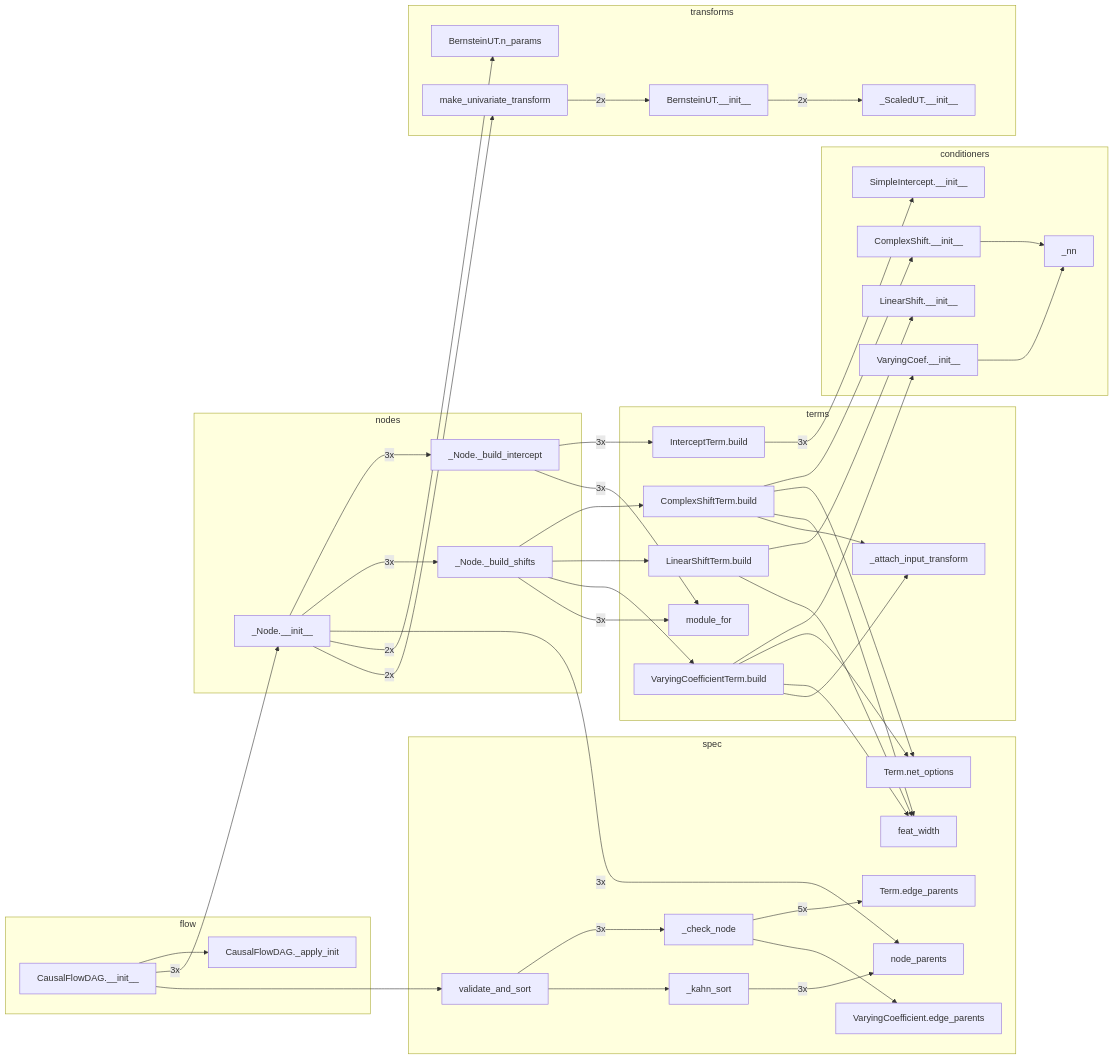
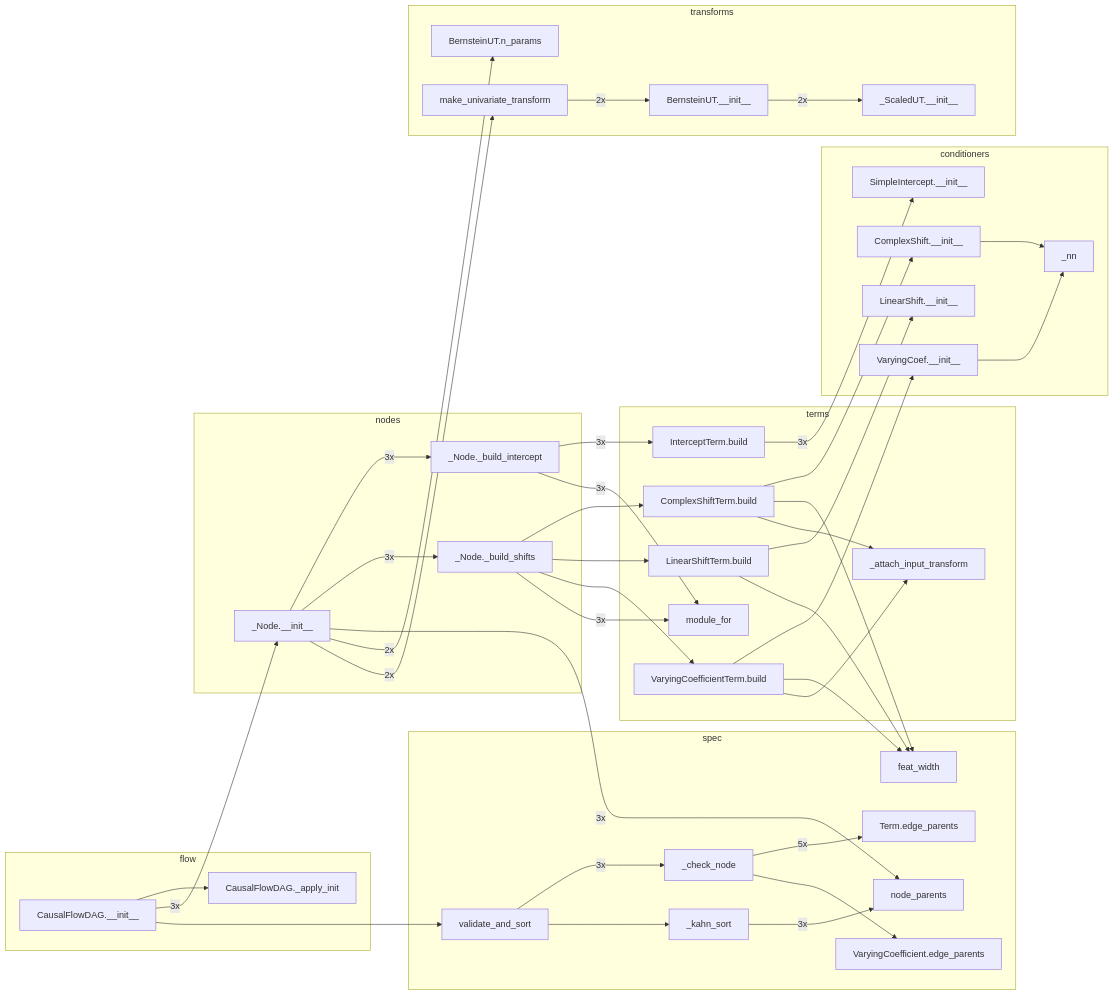
The fifth of 6 diagrams in docs/architecture.md (tensorchiefs/tramdag), drawn with Mermaid before and after one commit. The commit also changed other lines of this file and 10 other files, not shown here.

First line of the commit message:
refactor(spec)!: a term is its __init__ keywords; no dataclass machinery

````diff
--- a/docs/architecture.md
+++ b/docs/architecture.md
@@ -321,77 +324,74 @@
 ```mermaid
 flowchart LR
   subgraph conditioners
     n0["ComplexShift.__init__"]
-    n25["LinearShift.__init__"]
-    n24["SimpleIntercept.__init__"]
+    n24["LinearShift.__init__"]
+    n23["SimpleIntercept.__init__"]
     n2["VaryingCoef.__init__"]
     n1["_nn"]
   end
   subgraph flow
     n3["CausalFlowDAG.__init__"]
     n4["CausalFlowDAG._apply_init"]
   end
   subgraph nodes
     n5["_Node.__init__"]
     n7["_Node._build_intercept"]
     n8["_Node._build_shifts"]
   end
   subgraph spec
     n18["Term.edge_parents"]
-    n21["Term.net_options"]
     n19["VaryingCoefficient.edge_parents"]
     n17["_check_node"]
     n20["_kahn_sort"]
-    n22["feat_width"]
+    n21["feat_width"]
     n9["node_parents"]
     n6["validate_and_sort"]
   end
   subgraph terms
     n14["ComplexShiftTerm.build"]
     n12["InterceptTerm.build"]
     n15["LinearShiftTerm.build"]
     n16["VaryingCoefficientTerm.build"]
-    n23["_attach_input_transform"]
+    n22["_attach_input_transform"]
     n13["module_for"]
   end
   subgraph transforms
-    n26["BernsteinUT.__init__"]
+    n25["BernsteinUT.__init__"]
     n10["BernsteinUT.n_params"]
-    n27["_ScaledUT.__init__"]
+    n26["_ScaledUT.__init__"]
     n11["make_univariate_transform"]
   end
     n0 --> n1
     n2 --> n1
     n3 --> n4
     n3 -- "3x" --> n5
     n3 --> n6
     n5 -- "3x" --> n7
     n5 -- "3x" --> n8
     n5 -- "3x" --> n9
     n5 -- "2x" --> n10
     n5 -- "2x" --> n11
     n7 -- "3x" --> n12
     n7 -- "3x" --> n13
     n8 --> n14
     n8 --> n15
     n8 --> n16
     n8 -- "3x" --> n13
     n17 -- "5x" --> n18
     n17 --> n19
     n20 -- "3x" --> n9
     n6 -- "3x" --> n17
     n6 --> n20
     n14 --> n0
     n14 --> n21
     n14 --> n22
-    n14 --> n23
-    n12 -- "3x" --> n24
-    n15 --> n25
-    n15 --> n22
+    n12 -- "3x" --> n23
+    n15 --> n24
+    n15 --> n21
     n16 --> n2
     n16 --> n21
     n16 --> n22
-    n16 --> n23
-    n26 -- "2x" --> n27
-    n11 -- "2x" --> n26
+    n25 -- "2x" --> n26
+    n11 -- "2x" --> n25
 ```
````
